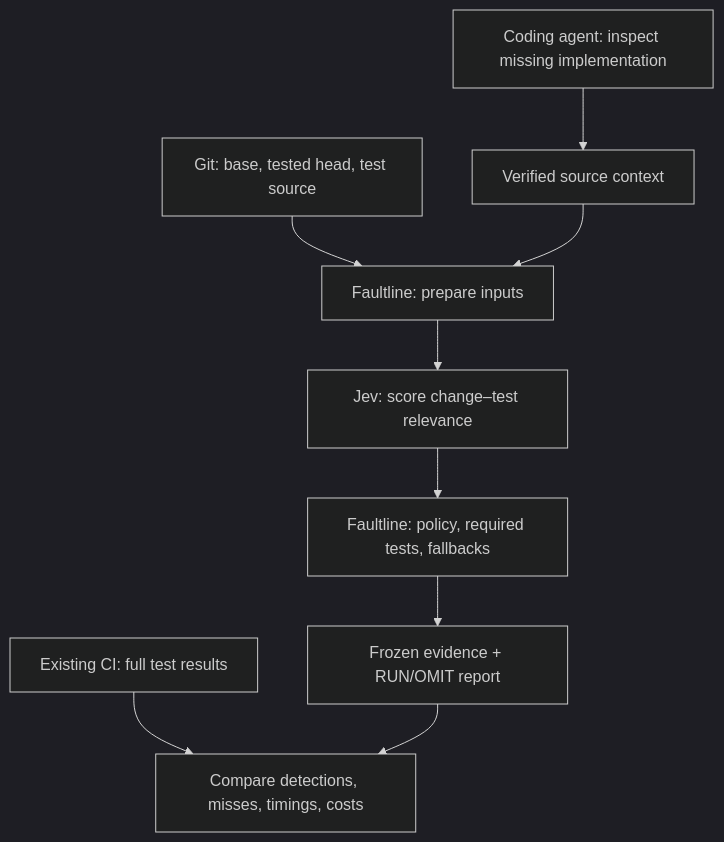
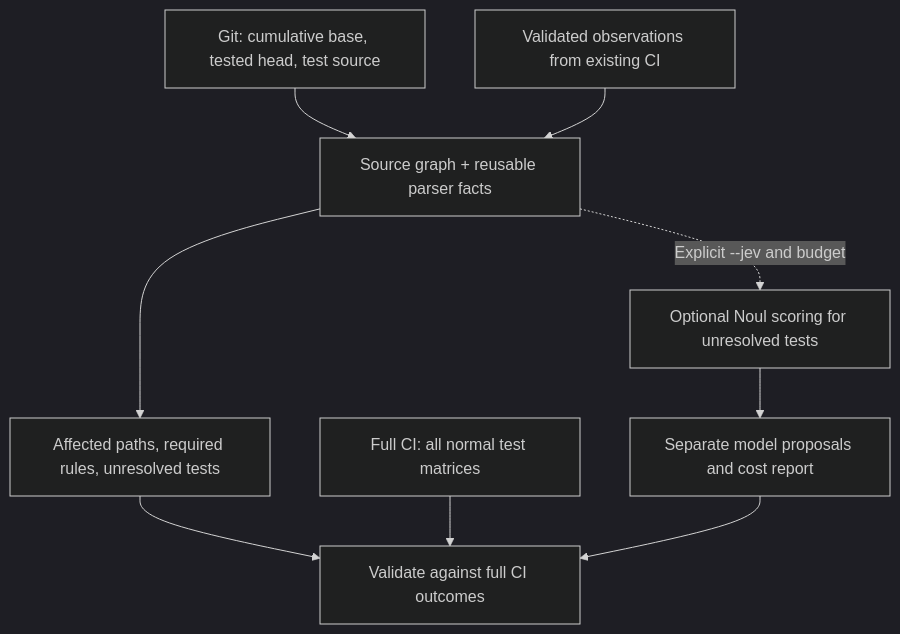
One commit to ronaldtebrake/faultline changed the diagram in docs/architecture.md. Above: the diagram before and after it, drawn with Mermaid (dark theme). The commit also changed other lines of this file and 1 other file, not shown here.

Commit message:
Align architecture and configuration guidance with graph defaults

````diff
--- a/docs/architecture.md
+++ b/docs/architecture.md
@@ -5,11 +5,11 @@
 ```mermaid
 flowchart TD
-    GIT["Git: base, tested head, test source"] --> ENGINE["Faultline: prepare inputs"]
-    AGENT["Coding agent: inspect missing implementation"] --> CONTEXT["Verified source context"]
-    CONTEXT --> ENGINE
-    ENGINE --> JEV["Jev: score change–test relevance"]
-    JEV --> POLICY["Faultline: policy, required tests, fallbacks"]
-    POLICY --> REPORT["Frozen evidence + RUN/OMIT report"]
-    CI["Existing CI: full test results"] --> REVIEW["Compare detections, misses, timings, costs"]
-    REPORT --> REVIEW
+    GIT["Git: cumulative base, tested head, test source"] --> GRAPH["Source graph + reusable parser facts"]
+    RUNTIME["Validated observations from existing CI"] --> GRAPH
+    GRAPH --> REPORT["Affected paths, required rules, unresolved tests"]
+    REPORT --> REVIEW["Validate against full CI outcomes"]
+    CI["Full CI: all normal test matrices"] --> REVIEW
+    GRAPH -. "Explicit --jev and budget" .-> JEV["Optional Noul scoring for unresolved tests"]
+    JEV --> OPTIONAL["Separate model proposals and cost report"]
+    OPTIONAL --> REVIEW
 ```
````
